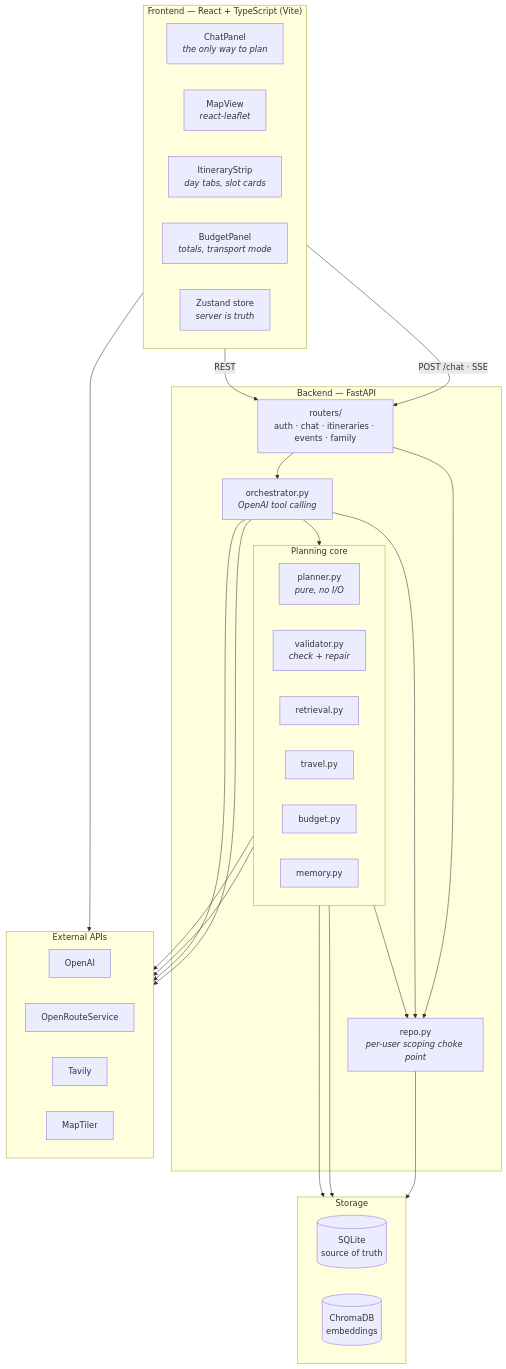
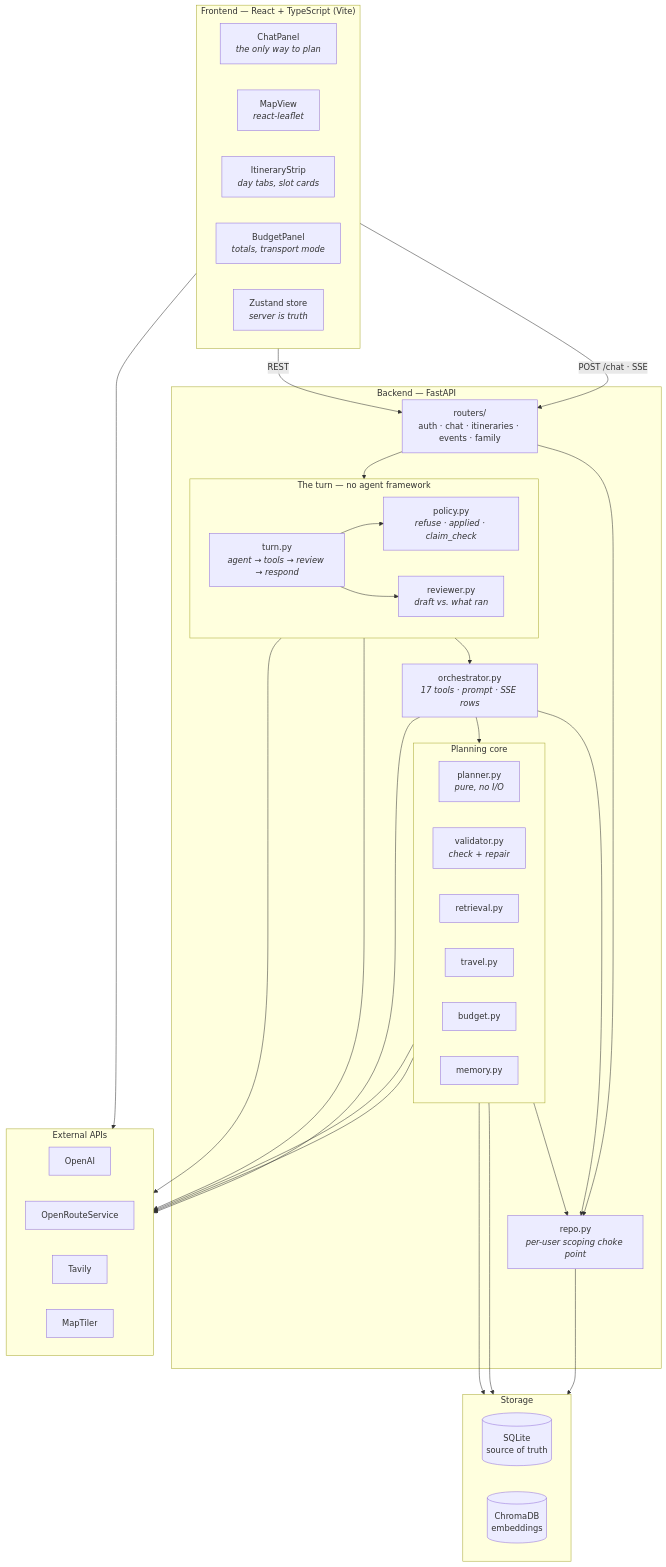
Before and after one commit to R1han/Itinerary-Planner: the first of 5 diagrams in README.md, drawn with Mermaid. The commit also changed other lines of this file, not shown here.

````diff
--- a/README.md
+++ b/README.md
@@ -100,56 +100,66 @@
 ```mermaid
 flowchart TB
     subgraph FE["Frontend — React + TypeScript (Vite)"]
         direction LR
         CP["ChatPanel<br/><i>the only way to plan</i>"]
         MV["MapView<br/><i>react-leaflet</i>"]
         IS["ItineraryStrip<br/><i>day tabs, slot cards</i>"]
         BP["BudgetPanel<br/><i>totals, transport mode</i>"]
         ZS["Zustand store<br/><i>server is truth</i>"]
     end
 
     subgraph BE["Backend — FastAPI"]
         RT["routers/<br/>auth · chat · itineraries · events · family"]
-        ORCH["orchestrator.py<br/><i>OpenAI tool calling</i>"]
+        subgraph TURN["The turn — no agent framework"]
+            direction LR
+            TN["turn.py<br/><i>agent → tools → review → respond</i>"]
+            PO["policy.py<br/><i>refuse · applied · claim_check</i>"]
+            RV["reviewer.py<br/><i>draft vs. what ran</i>"]
+        end
+        ORCH["orchestrator.py<br/><i>17 tools · prompt · SSE rows</i>"]
         RP["repo.py<br/><i>per-user scoping choke point</i>"]
         subgraph CORE["Planning core"]
             direction LR
             PL["planner.py<br/><i>pure, no I/O</i>"]
             VA["validator.py<br/><i>check + repair</i>"]
             RE["retrieval.py"]
             TV["travel.py"]
             BU["budget.py"]
             ME["memory.py"]
         end
     end
 
     subgraph DATA["Storage"]
         direction LR
         SQL[("SQLite<br/>source of truth")]
         CDB[("ChromaDB<br/>embeddings")]
     end
 
     subgraph EXT["External APIs"]
         direction LR
         OPENAI["OpenAI"]
         ORSVC["OpenRouteService"]
         TAV["Tavily"]
         MTL["MapTiler"]
     end
 
     CP -->|"POST /chat · SSE"| RT
     ZS -->|REST| RT
-    RT --> ORCH
+    RT --> TN
+    TN --> PO
+    TN --> RV
+    TN --> ORCH
     RT --> RP
     ORCH --> CORE
     ORCH --> RP
     CORE --> RP
     RP --> SQL
     RE --> CDB
     ME --> CDB
-    ORCH --> OPENAI
+    TN --> OPENAI
+    RV --> OPENAI
     RE --> OPENAI
     TV --> ORSVC
     ORCH --> TAV
     MV --> MTL
 ```
````
